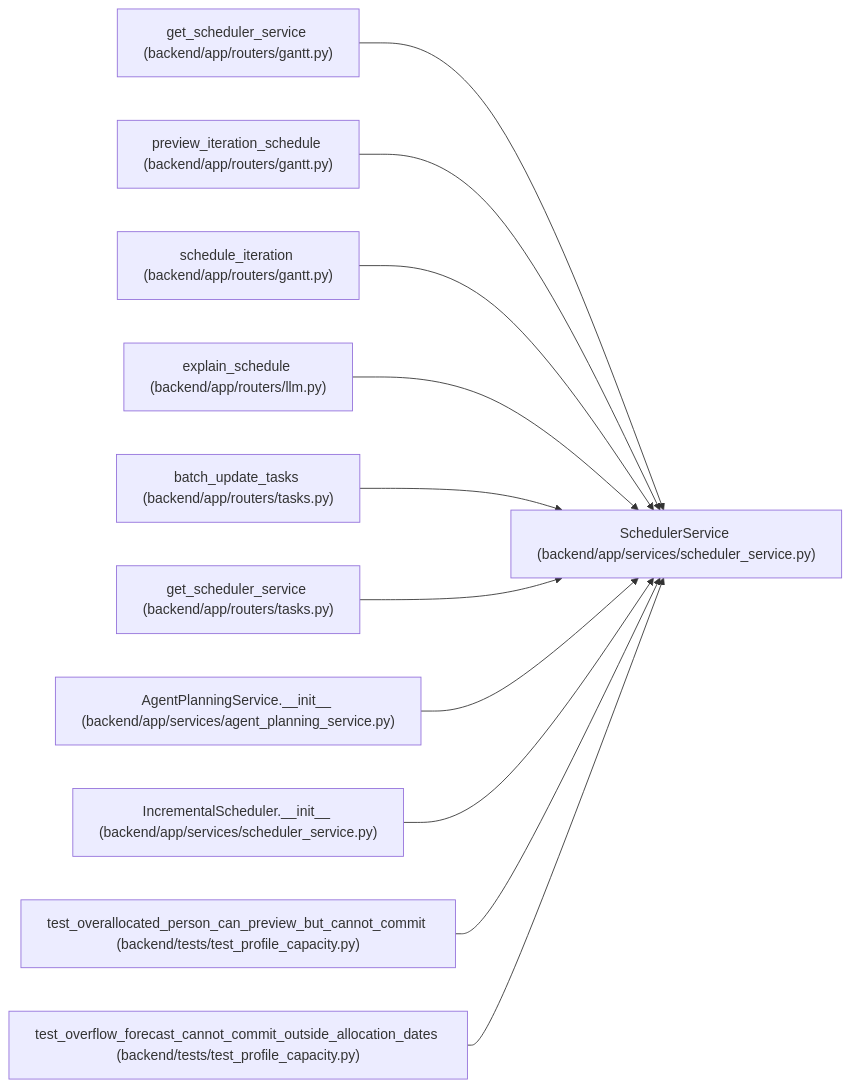
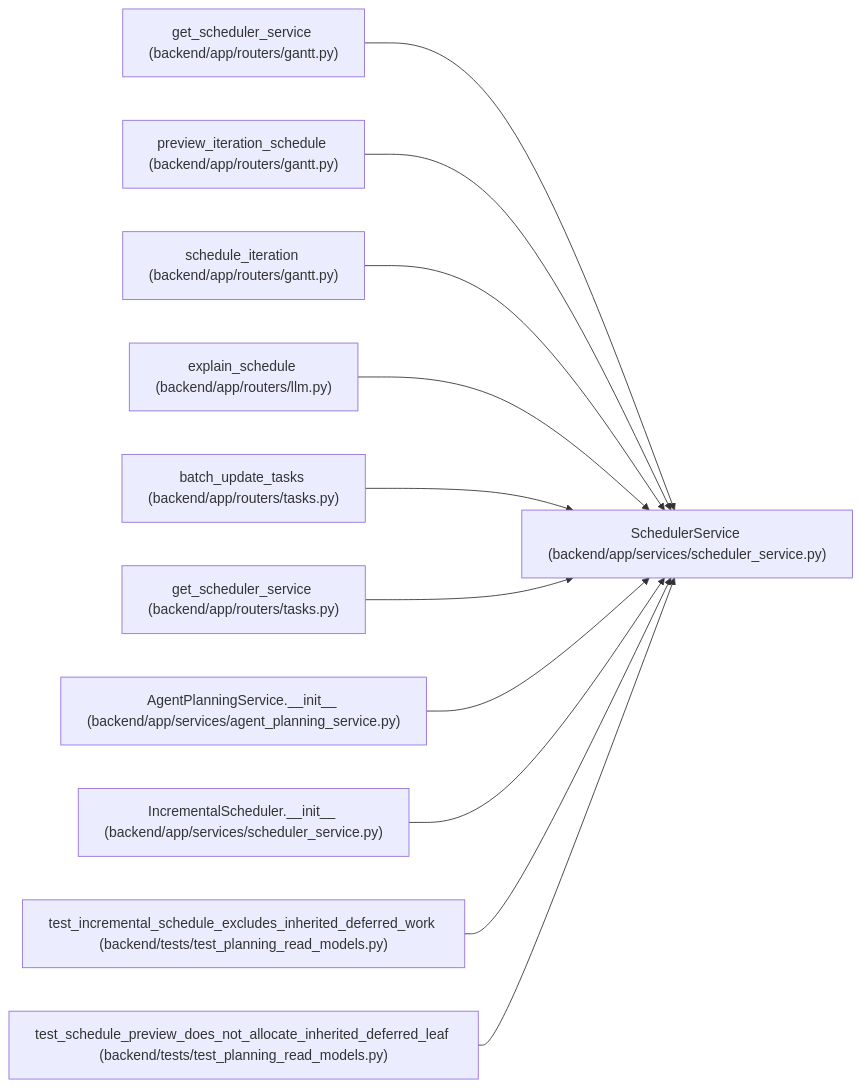
One commit to Denissvgn/WorkChord changed the diagram in docs/llm_wiki/entities/SchedulerService.md. Above: the diagram before and after it, drawn with Mermaid. The commit also changed other lines of this file and 10148 other files, not shown here.

````diff
--- a/docs/llm_wiki/entities/SchedulerService.md
+++ b/docs/llm_wiki/entities/SchedulerService.md
@@ -39,35 +40,35 @@
 ```mermaid
 flowchart LR
     n0["SchedulerService (backend/app/services/scheduler_service.py)"]
     n1["get_scheduler_service (backend/app/routers/gantt.py)"]
     n2["preview_iteration_schedule (backend/app/routers/gantt.py)"]
     n3["schedule_iteration (backend/app/routers/gantt.py)"]
     n4["explain_schedule (backend/app/routers/llm.py)"]
     n5["batch_update_tasks (backend/app/routers/tasks.py)"]
     n6["get_scheduler_service (backend/app/routers/tasks.py)"]
     n7["AgentPlanningService.__init__ (backend/app/services/agent_planning_service.py)"]
     n8["IncrementalScheduler.__init__ (backend/app/services/scheduler_service.py)"]
-    n9["test_overallocated_person_can_preview_but_cannot_commit (backend/tests/test_profile_capacity.py)"]
-    n10["test_overflow_forecast_cannot_commit_outside_allocation_dates (backend/tests/test_profile_capacity.py)"]
+    n9["test_incremental_schedule_excludes_inherited_deferred_work (backend/tests/test_planning_read_models.py)"]
+    n10["test_schedule_preview_does_not_allocate_inherited_deferred_leaf (backend/tests/test_planning_read_models.py)"]
     n1 --> n0
     n2 --> n0
     n3 --> n0
     n4 --> n0
     n5 --> n0
     n6 --> n0
     n7 --> n0
     n8 --> n0
     n9 --> n0
     n10 --> n0
     click n0 "../modules/scheduler_service.md"
     click n1 "../modules/routers_gantt.md"
     click n2 "../modules/routers_gantt.md"
     click n3 "../modules/routers_gantt.md"
     click n4 "../modules/routers_llm.md"
     click n5 "../modules/tasks.md"
     click n6 "../modules/tasks.md"
     click n7 "../modules/agent_planning_service.md"
     click n8 "../modules/scheduler_service.md"
-    click n9 "../modules/test_profile_capacity.md"
-    click n10 "../modules/test_profile_capacity.md"
+    click n9 "../modules/test_planning_read_models.md"
+    click n10 "../modules/test_planning_read_models.md"
 ```
````
